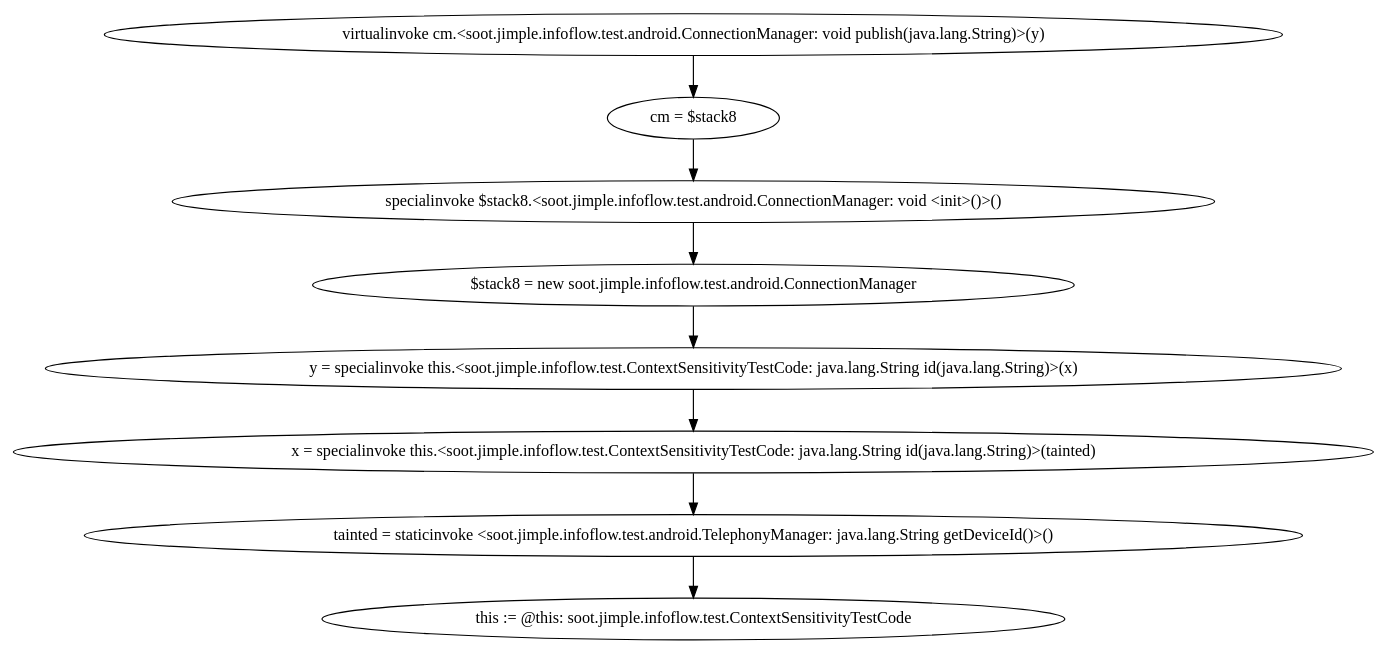
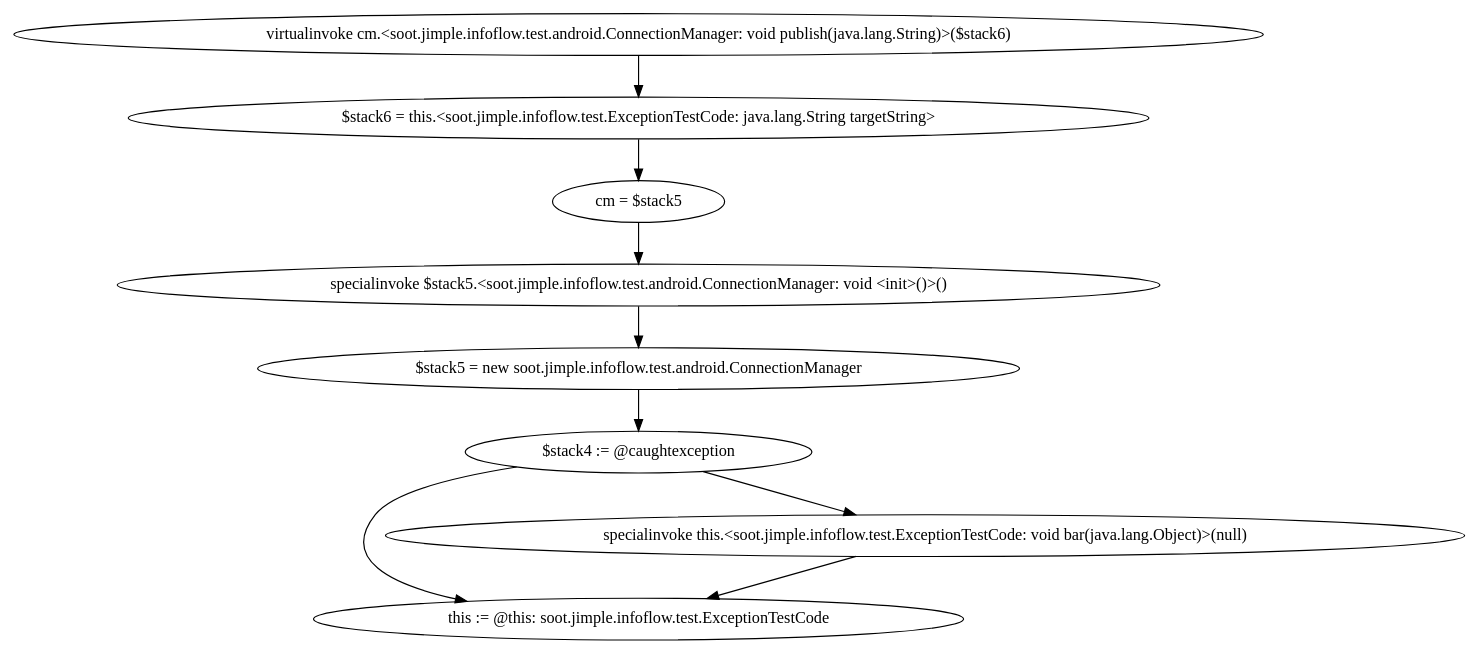
Before and after one commit to t1mlange/FlowDroid: the diagram in soot-infoflow/0.dot, drawn with Graphviz. The commit also changed 6 other files, not shown here.

```diff
--- a/soot-infoflow/0.dot
+++ b/soot-infoflow/0.dot
@@ -1,17 +1,18 @@
 digraph "" {
-    "virtualinvoke cm.<soot.jimple.infoflow.test.android.ConnectionManager: void publish(java.lang.String)>(y)"
-    "cm = $stack8"
-    "virtualinvoke cm.<soot.jimple.infoflow.test.android.ConnectionManager: void publish(java.lang.String)>(y)"->"cm = $stack8";
-    "specialinvoke $stack8.<soot.jimple.infoflow.test.android.ConnectionManager: void <init>()>()"
-    "cm = $stack8"->"specialinvoke $stack8.<soot.jimple.infoflow.test.android.ConnectionManager: void <init>()>()";
-    "$stack8 = new soot.jimple.infoflow.test.android.ConnectionManager"
-    "specialinvoke $stack8.<soot.jimple.infoflow.test.android.ConnectionManager: void <init>()>()"->"$stack8 = new soot.jimple.infoflow.test.android.ConnectionManager";
-    "y = specialinvoke this.<soot.jimple.infoflow.test.ContextSensitivityTestCode: java.lang.String id(java.lang.String)>(x)"
-    "$stack8 = new soot.jimple.infoflow.test.android.ConnectionManager"->"y = specialinvoke this.<soot.jimple.infoflow.test.ContextSensitivityTestCode: java.lang.String id(java.lang.String)>(x)";
-    "x = specialinvoke this.<soot.jimple.infoflow.test.ContextSensitivityTestCode: java.lang.String id(java.lang.String)>(tainted)"
-    "y = specialinvoke this.<soot.jimple.infoflow.test.ContextSensitivityTestCode: java.lang.String id(java.lang.String)>(x)"->"x = specialinvoke this.<soot.jimple.infoflow.test.ContextSensitivityTestCode: java.lang.String id(java.lang.String)>(tainted)";
-    "tainted = staticinvoke <soot.jimple.infoflow.test.android.TelephonyManager: java.lang.String getDeviceId()>()"
-    "x = specialinvoke this.<soot.jimple.infoflow.test.ContextSensitivityTestCode: java.lang.String id(java.lang.String)>(tainted)"->"tainted = staticinvoke <soot.jimple.infoflow.test.android.TelephonyManager: java.lang.String getDeviceId()>()";
-    "this := @this: soot.jimple.infoflow.test.ContextSensitivityTestCode"
-    "tainted = staticinvoke <soot.jimple.infoflow.test.android.TelephonyManager: java.lang.String getDeviceId()>()"->"this := @this: soot.jimple.infoflow.test.ContextSensitivityTestCode";
+    "virtualinvoke cm.<soot.jimple.infoflow.test.android.ConnectionManager: void publish(java.lang.String)>($stack6)"
+    "$stack6 = this.<soot.jimple.infoflow.test.ExceptionTestCode: java.lang.String targetString>"
+    "virtualinvoke cm.<soot.jimple.infoflow.test.android.ConnectionManager: void publish(java.lang.String)>($stack6)"->"$stack6 = this.<soot.jimple.infoflow.test.ExceptionTestCode: java.lang.String targetString>";
+    "cm = $stack5"
+    "$stack6 = this.<soot.jimple.infoflow.test.ExceptionTestCode: java.lang.String targetString>"->"cm = $stack5";
+    "specialinvoke $stack5.<soot.jimple.infoflow.test.android.ConnectionManager: void <init>()>()"
+    "cm = $stack5"->"specialinvoke $stack5.<soot.jimple.infoflow.test.android.ConnectionManager: void <init>()>()";
+    "$stack5 = new soot.jimple.infoflow.test.android.ConnectionManager"
+    "specialinvoke $stack5.<soot.jimple.infoflow.test.android.ConnectionManager: void <init>()>()"->"$stack5 = new soot.jimple.infoflow.test.android.ConnectionManager";
+    "$stack4 := @caughtexception"
+    "$stack5 = new soot.jimple.infoflow.test.android.ConnectionManager"->"$stack4 := @caughtexception";
+    "this := @this: soot.jimple.infoflow.test.ExceptionTestCode"
+    "$stack4 := @caughtexception"->"this := @this: soot.jimple.infoflow.test.ExceptionTestCode";
+    "specialinvoke this.<soot.jimple.infoflow.test.ExceptionTestCode: void bar(java.lang.Object)>(null)"
+    "$stack4 := @caughtexception"->"specialinvoke this.<soot.jimple.infoflow.test.ExceptionTestCode: void bar(java.lang.Object)>(null)";
+    "specialinvoke this.<soot.jimple.infoflow.test.ExceptionTestCode: void bar(java.lang.Object)>(null)"->"this := @this: soot.jimple.infoflow.test.ExceptionTestCode";
 }
```
